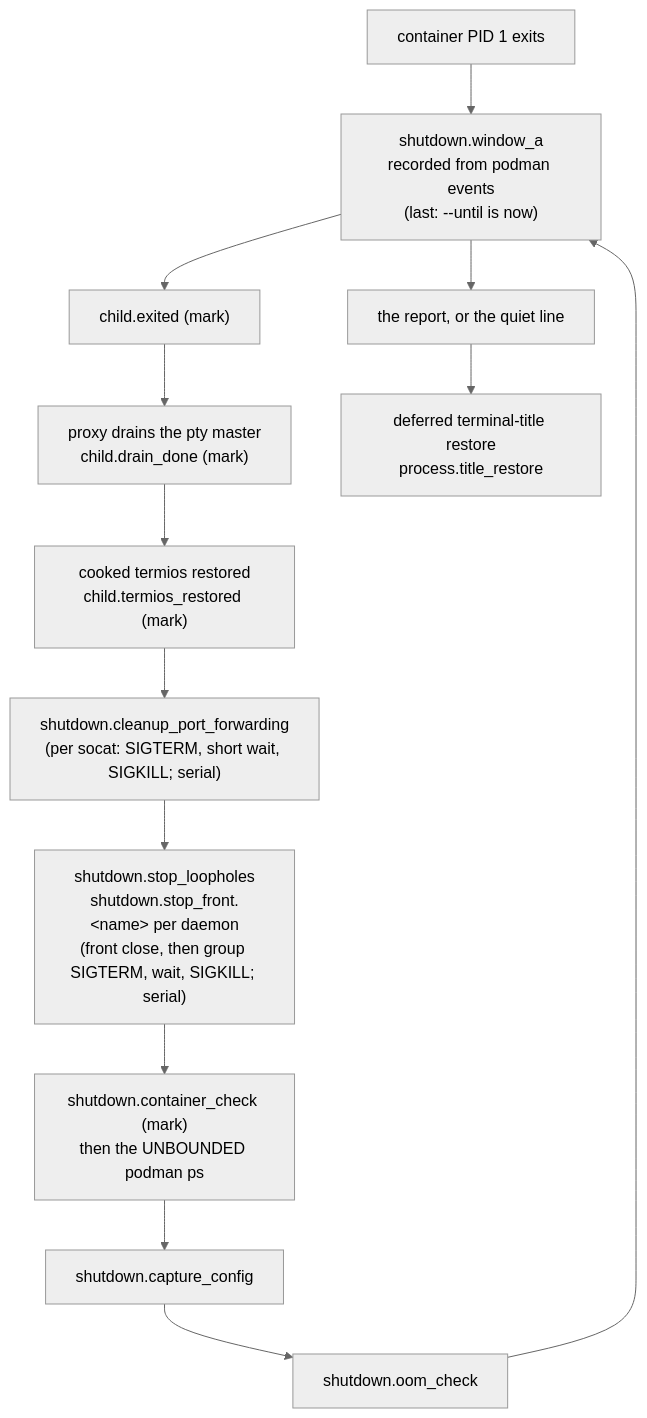
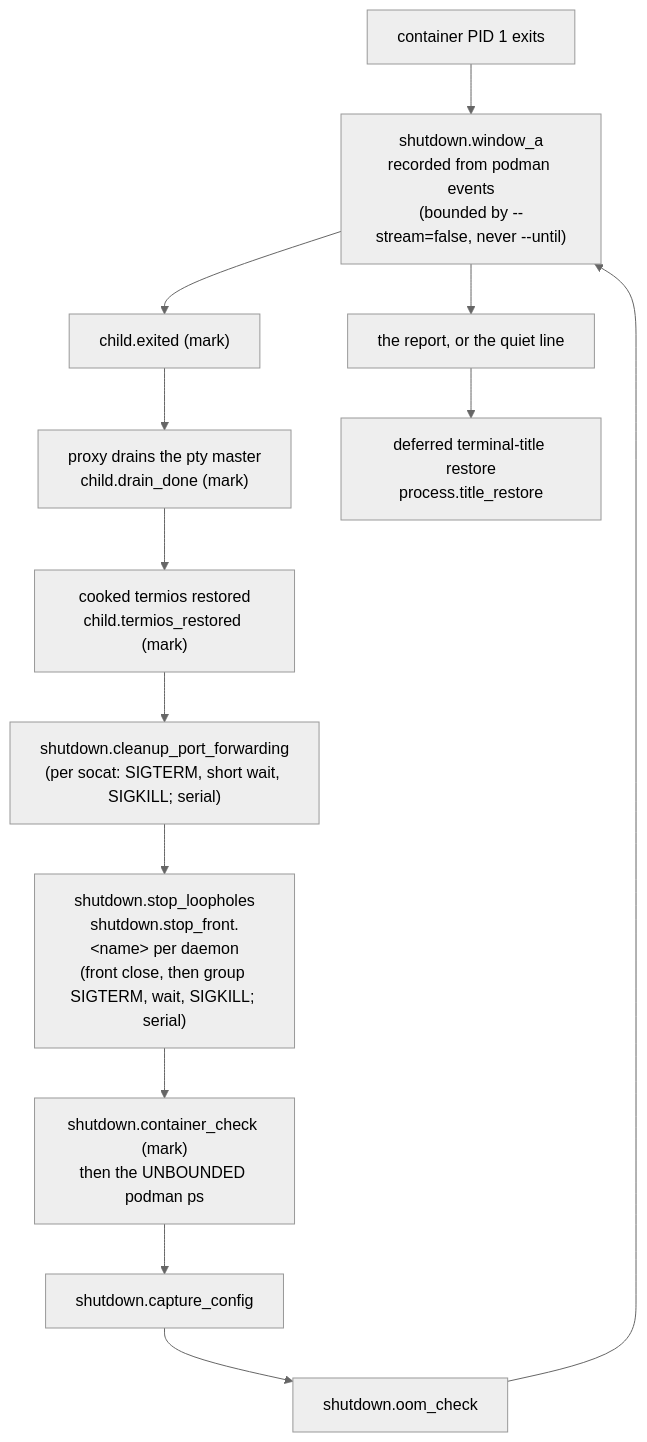
The diagram in docs/reference/perf-logging.md (mschulkind-oss/yolo-jail), drawn with Mermaid (neutral theme) before and after one commit. The commit also changed other lines of this file and 2 other files, not shown here.

````diff
--- a/docs/reference/perf-logging.md
+++ b/docs/reference/perf-logging.md
@@ -278,15 +278,15 @@
 ```mermaid
 flowchart TD
     pid1["container PID 1 exits"] --> wa["Window A — inside the podman child<br/>(conmon exit file, network teardown, unmounts)<br/>no span; attributed afterwards"]
     wa --> exited["child.exited (mark)"]
     exited --> drain["proxy drains the pty master<br/>child.drain_done (mark)"]
     drain --> termios["cooked termios restored<br/>child.termios_restored (mark)"]
     termios --> ports["shutdown.cleanup_port_forwarding<br/>(per socat: SIGTERM, short wait, SIGKILL; serial)"]
     ports --> fronts["shutdown.stop_loopholes<br/>shutdown.stop_front.&lt;name&gt; per daemon<br/>(front close, then group SIGTERM, wait, SIGKILL; serial)"]
     fronts --> check["shutdown.container_check (mark)<br/>then the UNBOUNDED podman ps"]
     check --> capture["shutdown.capture_config"]
     capture --> oom["shutdown.oom_check"]
-    oom --> wa["shutdown.window_a<br/>recorded from podman events<br/>(last: --until is now)"]
+    oom --> wa["shutdown.window_a<br/>recorded from podman events<br/>(bounded by --stream=false, never --until)"]
     wa --> report["the report, or the quiet line"]
     report --> title["deferred terminal-title restore<br/>process.title_restore"]
 ```
````
